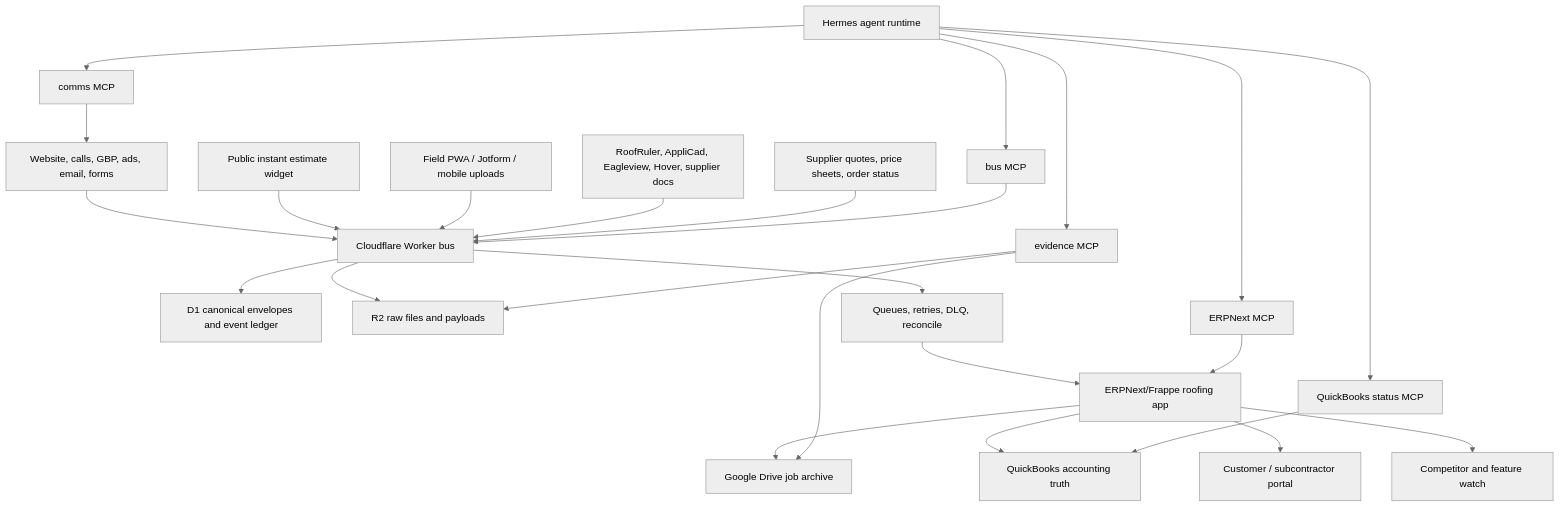
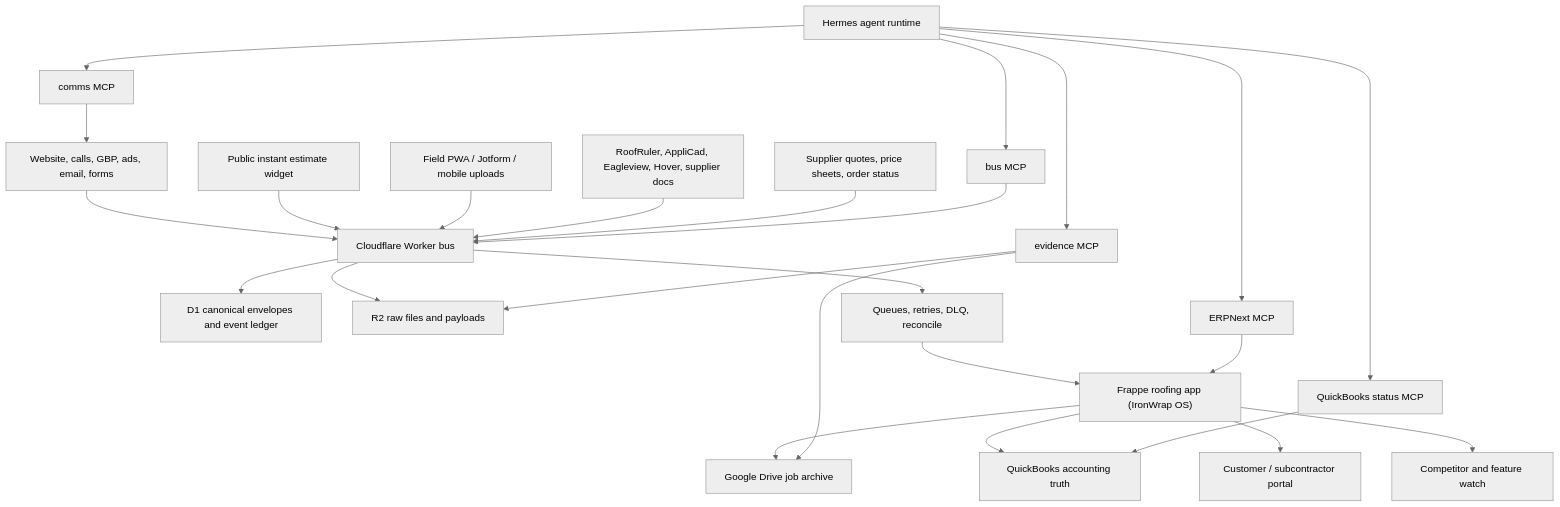
Before and after one commit to Iron-Wrap/ironwrap-os: the diagram in docs/HERMES-ERPNEXT-END-PRODUCT-BLUEPRINT.md, drawn with Mermaid (neutral theme). The commit also changed other lines of this file and 37 other files, not shown here.

First line of the commit message:
Remove the ERPNext dependency: Frappe-only for 100% IP

````diff
--- a/docs/HERMES-ERPNEXT-END-PRODUCT-BLUEPRINT.md
+++ b/docs/HERMES-ERPNEXT-END-PRODUCT-BLUEPRINT.md
@@ -160,31 +169,31 @@
 ```mermaid
 flowchart TD
   Channels["Website, calls, GBP, ads, email, forms"] --> Bus["Cloudflare Worker bus"]
   InstantEstimate["Public instant estimate widget"] --> Bus
   Field["Field PWA / Jotform / mobile uploads"] --> Bus
   Measurements["RoofRuler, AppliCad, Eagleview, Hover, supplier docs"] --> Bus
   SupplierFeeds["Supplier quotes, price sheets, order status"] --> Bus
 
   Bus --> D1["D1 canonical envelopes and event ledger"]
   Bus --> R2["R2 raw files and payloads"]
   Bus --> Queue["Queues, retries, DLQ, reconcile"]
 
-  Queue --> ERP["ERPNext/Frappe roofing app"]
+  Queue --> ERP["Frappe roofing app (IronWrap OS)"]
   ERP --> Drive["Google Drive job archive"]
   ERP --> QB["QuickBooks accounting truth"]
   ERP --> Portal["Customer / subcontractor portal"]
   ERP --> MarketWatch["Competitor and feature watch"]
 
   Hermes["Hermes agent runtime"] --> MCPBus["bus MCP"]
   Hermes --> MCPErp["ERPNext MCP"]
   Hermes --> MCPEvidence["evidence MCP"]
   Hermes --> MCPQb["QuickBooks status MCP"]
   Hermes --> MCPComms["comms MCP"]
 
   MCPBus --> Bus
   MCPErp --> ERP
   MCPEvidence --> R2
   MCPEvidence --> Drive
   MCPQb --> QB
   MCPComms --> Channels
 ```
````
